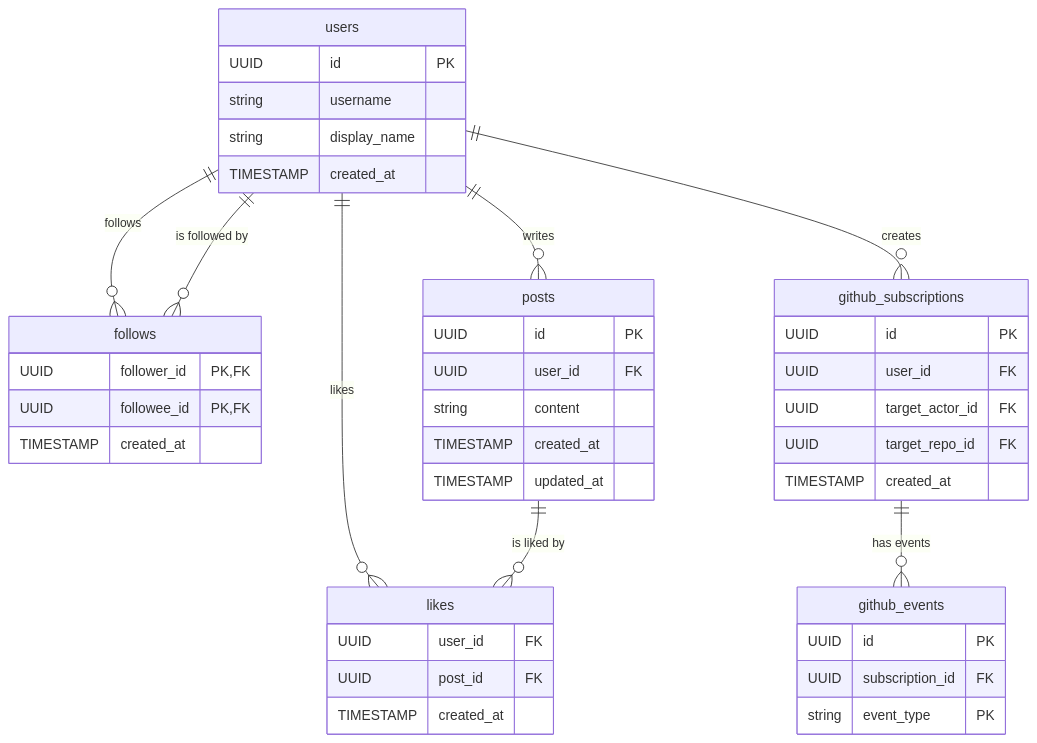
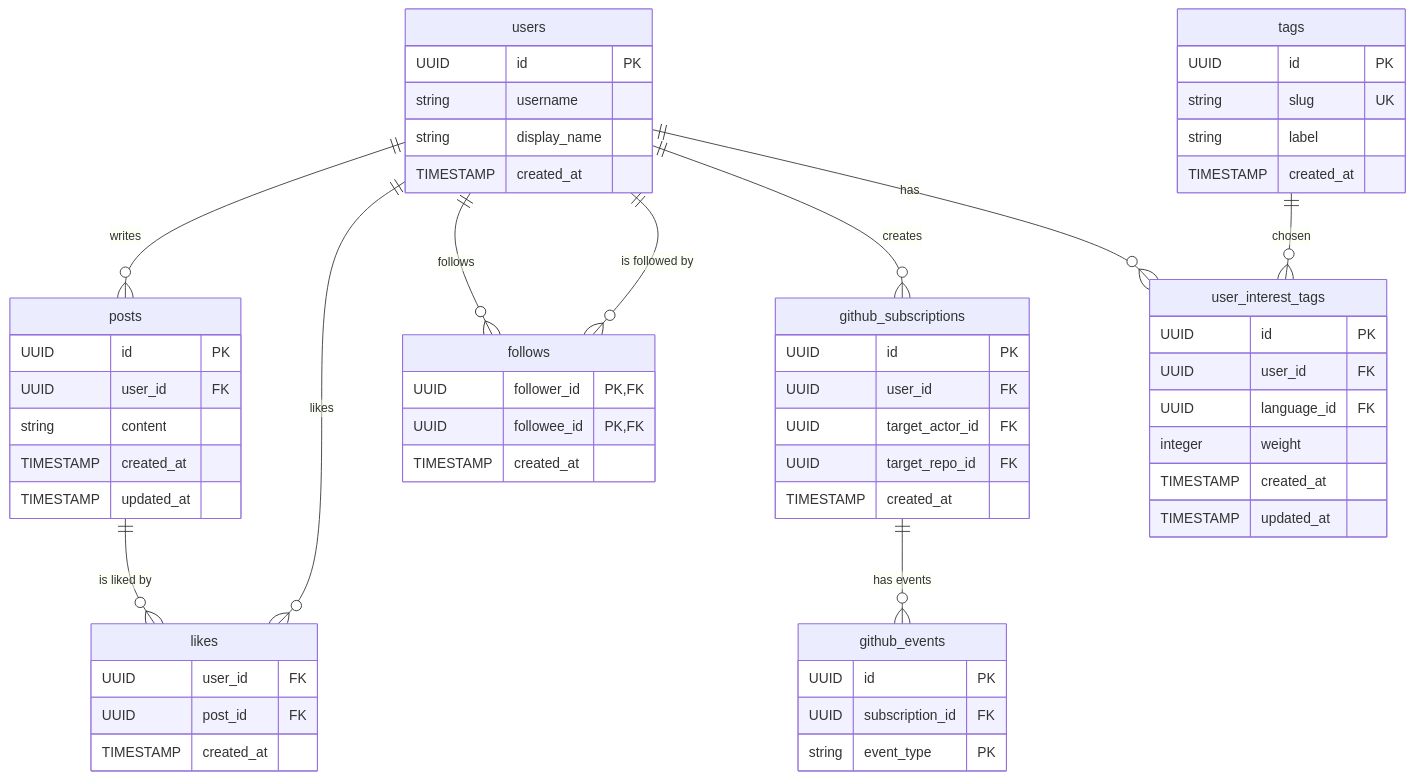
One commit to tsukuneA1/git_feed changed the diagram in README.md. Above: the diagram before and after it, drawn with Mermaid.

````diff
--- a/README.md
+++ b/README.md
@@ -10,51 +10,69 @@
 ```mermaid
 erDiagram
   users {
     UUID id PK
     string username
     string display_name
     TIMESTAMP created_at
   }
 
   follows {
     UUID follower_id PK,FK
     UUID followee_id PK,FK
     TIMESTAMP created_at
   }
 
   posts {
     UUID id PK
     UUID user_id FK
     string content
     TIMESTAMP created_at
     TIMESTAMP updated_at
   }
 
   likes {
     UUID user_id FK
     UUID post_id FK
     TIMESTAMP created_at
   }
 
   github_subscriptions {
     UUID id PK
     UUID user_id FK
     UUID target_actor_id FK
     UUID target_repo_id FK
     TIMESTAMP created_at 
   }
 
   github_events {
     UUID id PK
     UUID subscription_id FK
     string event_type PK
   }
 
+  tags {
+    UUID id PK
+    string slug UK
+    string label
+    TIMESTAMP created_at
+  }
+
+  user_interest_tags {
+    UUID id PK
+    UUID user_id FK
+    UUID language_id FK
+    integer weight
+    TIMESTAMP created_at
+    TIMESTAMP updated_at
+  }
+
   users ||--o{ posts : "writes"
   users ||--o{ likes : "likes"
   posts ||--o{ likes : "is liked by"
   users ||--o{ follows : "follows"
   users ||--o{ follows : "is followed by"
   users ||--o{ github_subscriptions: "creates"
+  users ||--o{ user_interest_tags: "has"
+  tags ||--o{ user_interest_tags: "chosen"
   github_subscriptions ||--o{ github_events : "has events"
 ```
````
